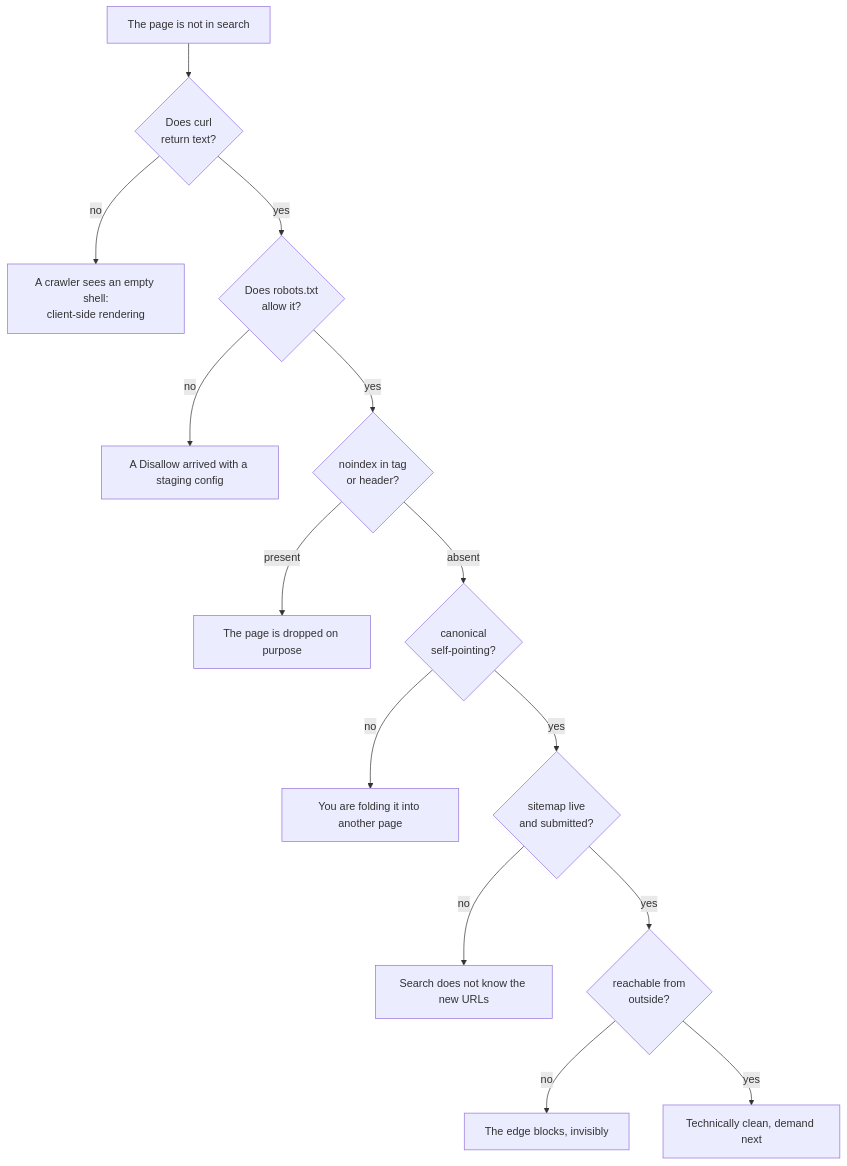
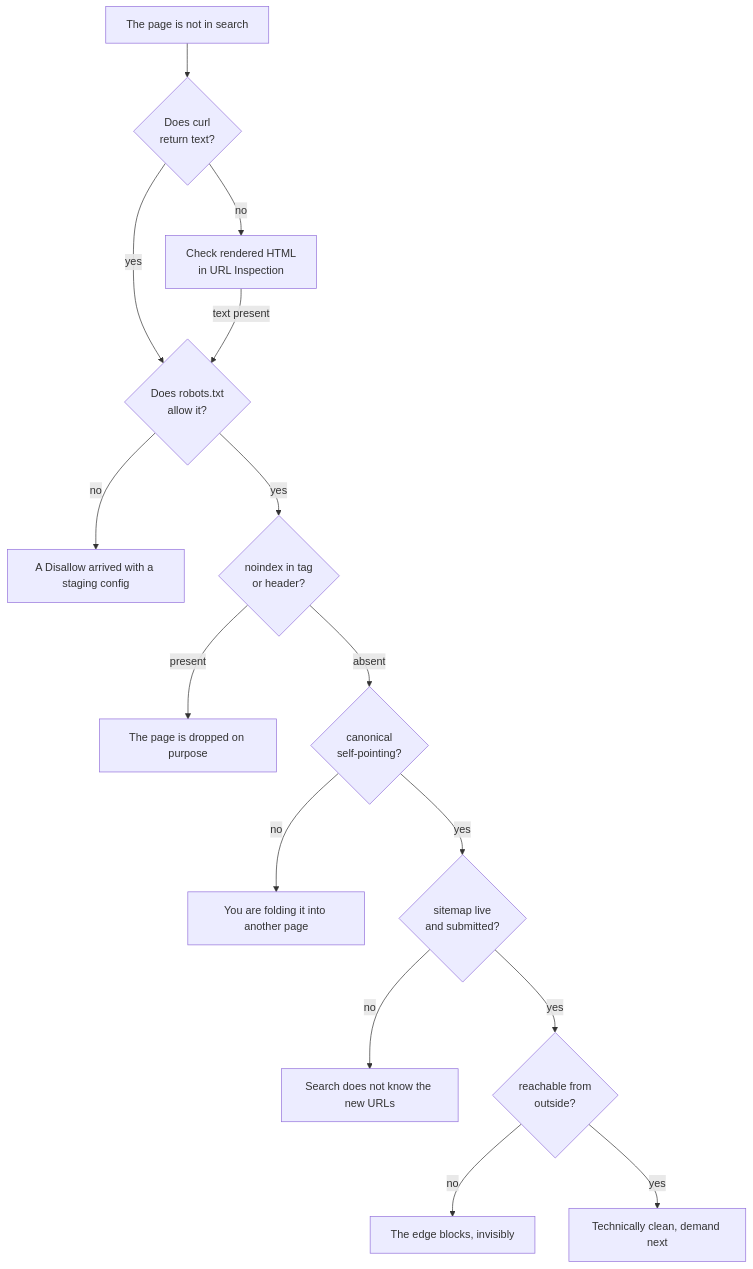
The diagram in src/content/docs/indexing/why-google-does-not-see-you.md (Smolevich/pet-project-atlas), drawn with Mermaid before and after one commit. The commit also changed other lines of this file and 10 other files, not shown here.

````diff
--- a/src/content/docs/indexing/why-google-does-not-see-you.md
+++ b/src/content/docs/indexing/why-google-does-not-see-you.md
@@ -27,16 +27,17 @@
 ```mermaid
 flowchart TD
   A["The page is not in search"] --> B{"Does curl<br/>return text?"}
-  B -->|"no"| B1["A crawler sees an empty shell:<br/>client-side rendering"]
+  B -->|"no"| B1["Check rendered HTML<br/>in URL Inspection"]
   B -->|"yes"| C{"Does robots.txt<br/>allow it?"}
+  B1 -->|"text present"| C
   C -->|"no"| C1["A Disallow arrived with a staging config"]
   C -->|"yes"| D{"noindex in tag<br/>or header?"}
   D -->|"present"| D1["The page is dropped on purpose"]
   D -->|"absent"| E{"canonical<br/>self-pointing?"}
   E -->|"no"| E1["You are folding it into another page"]
   E -->|"yes"| F{"sitemap live<br/>and submitted?"}
   F -->|"no"| F1["Search does not know the new URLs"]
   F -->|"yes"| G{"reachable from<br/>outside?"}
   G -->|"no"| G1["The edge blocks, invisibly"]
   G -->|"yes"| H["Technically clean, demand next"]
 ```
````
